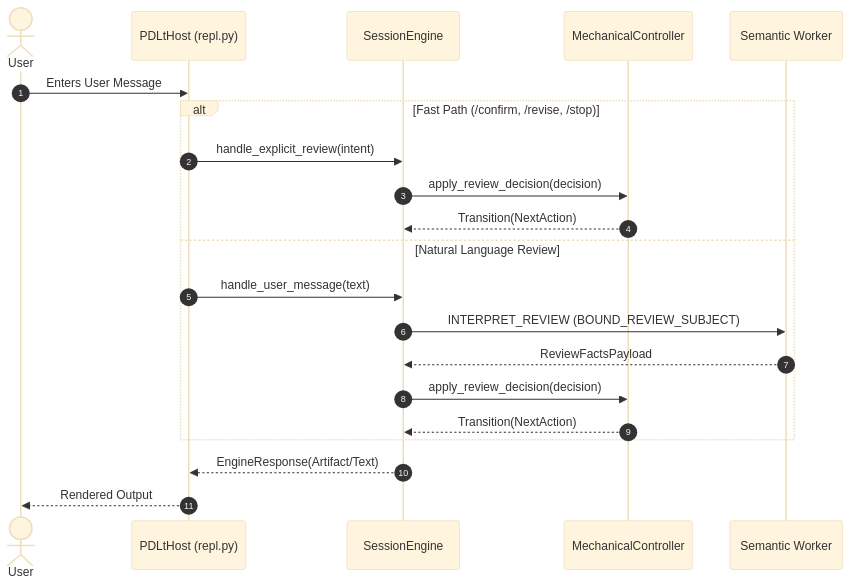
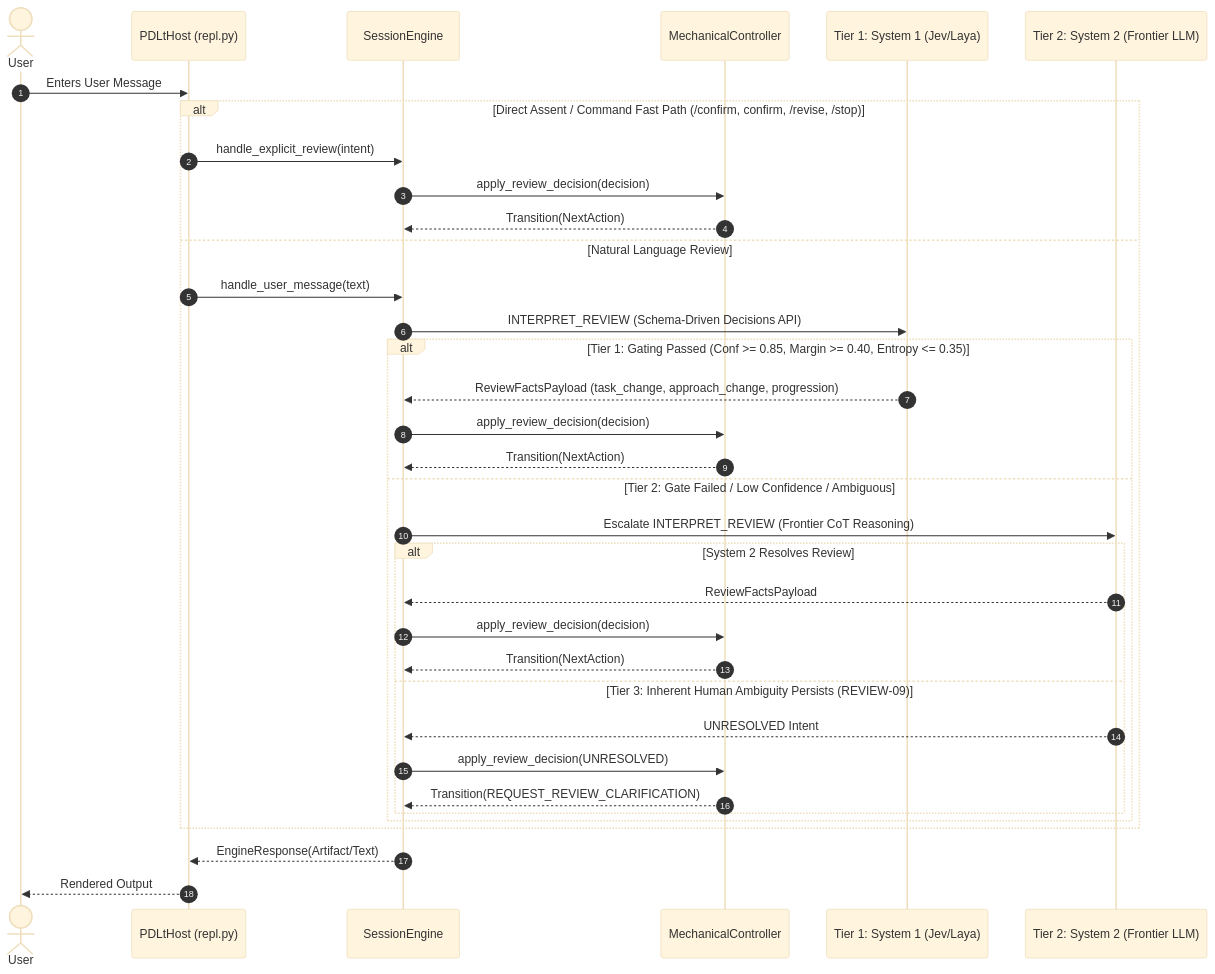
The third of 5 diagrams in ARCHITECTURE.md (paragon-ux/PDL-Standard-REPL-Harness), drawn with Mermaid (base theme) before and after one commit. The commit also changed other lines of this file and 6 other files, not shown here.

Commit message:
feat(wire): codify ADR-0014 dual-plane boundary architecture and Pydantic wire contract validation

````diff
--- a/ARCHITECTURE.md
+++ b/ARCHITECTURE.md
@@ -160,24 +164,38 @@
 ```mermaid
 sequenceDiagram
     autonumber
     actor User
     participant Host as PDLtHost (repl.py)
     participant Engine as SessionEngine
     participant Controller as MechanicalController
-    participant Worker as Semantic Worker
+    participant S1 as Tier 1: System 1 (Jev/Laya)
+    participant S2 as Tier 2: System 2 (Frontier LLM)
 
     User->>Host: Enters User Message
-    alt Fast Path (/confirm, /revise, /stop)
+    alt Direct Assent / Command Fast Path (/confirm, confirm, /revise, /stop)
         Host->>Engine: handle_explicit_review(intent)
         Engine->>Controller: apply_review_decision(decision)
         Controller-->>Engine: Transition(NextAction)
     else Natural Language Review
         Host->>Engine: handle_user_message(text)
-        Engine->>Worker: INTERPRET_REVIEW (BOUND_REVIEW_SUBJECT)
-        Worker-->>Engine: ReviewFactsPayload
-        Engine->>Controller: apply_review_decision(decision)
-        Controller-->>Engine: Transition(NextAction)
+        Engine->>S1: INTERPRET_REVIEW (Schema-Driven Decisions API)
+        alt Tier 1: Gating Passed (Conf >= 0.85, Margin >= 0.40, Entropy <= 0.35)
+            S1-->>Engine: ReviewFactsPayload (task_change, approach_change, progression)
+            Engine->>Controller: apply_review_decision(decision)
+            Controller-->>Engine: Transition(NextAction)
+        else Tier 2: Gate Failed / Low Confidence / Ambiguous
+            Engine->>S2: Escalate INTERPRET_REVIEW (Frontier CoT Reasoning)
+            alt System 2 Resolves Review
+                S2-->>Engine: ReviewFactsPayload
+                Engine->>Controller: apply_review_decision(decision)
+                Controller-->>Engine: Transition(NextAction)
+            else Tier 3: Inherent Human Ambiguity Persists (REVIEW-09)
+                S2-->>Engine: UNRESOLVED Intent
+                Engine->>Controller: apply_review_decision(UNRESOLVED)
+                Controller-->>Engine: Transition(REQUEST_REVIEW_CLARIFICATION)
+            end
+        end
     end
     Engine-->>Host: EngineResponse(Artifact/Text)
     Host-->>User: Rendered Output
 ```
````
